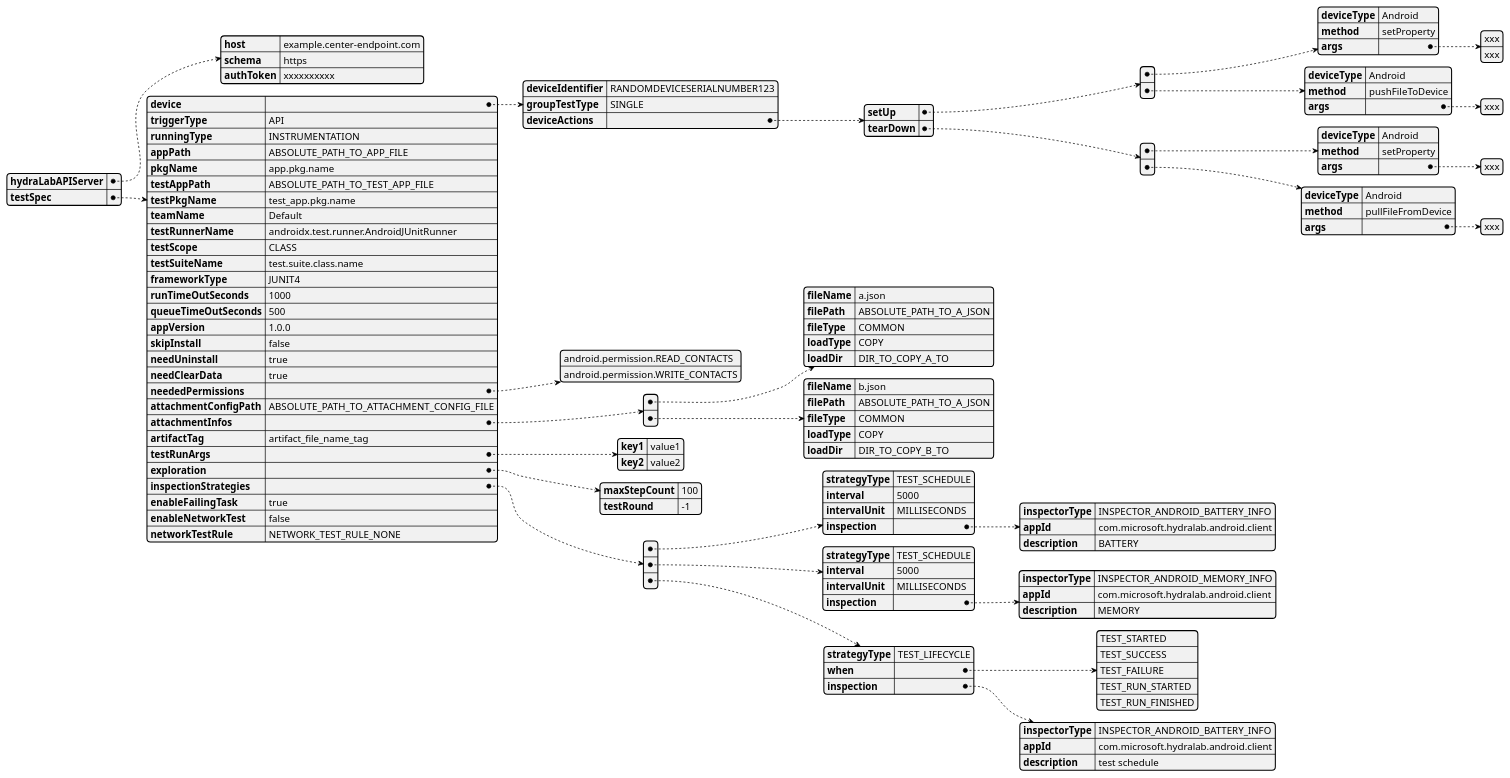
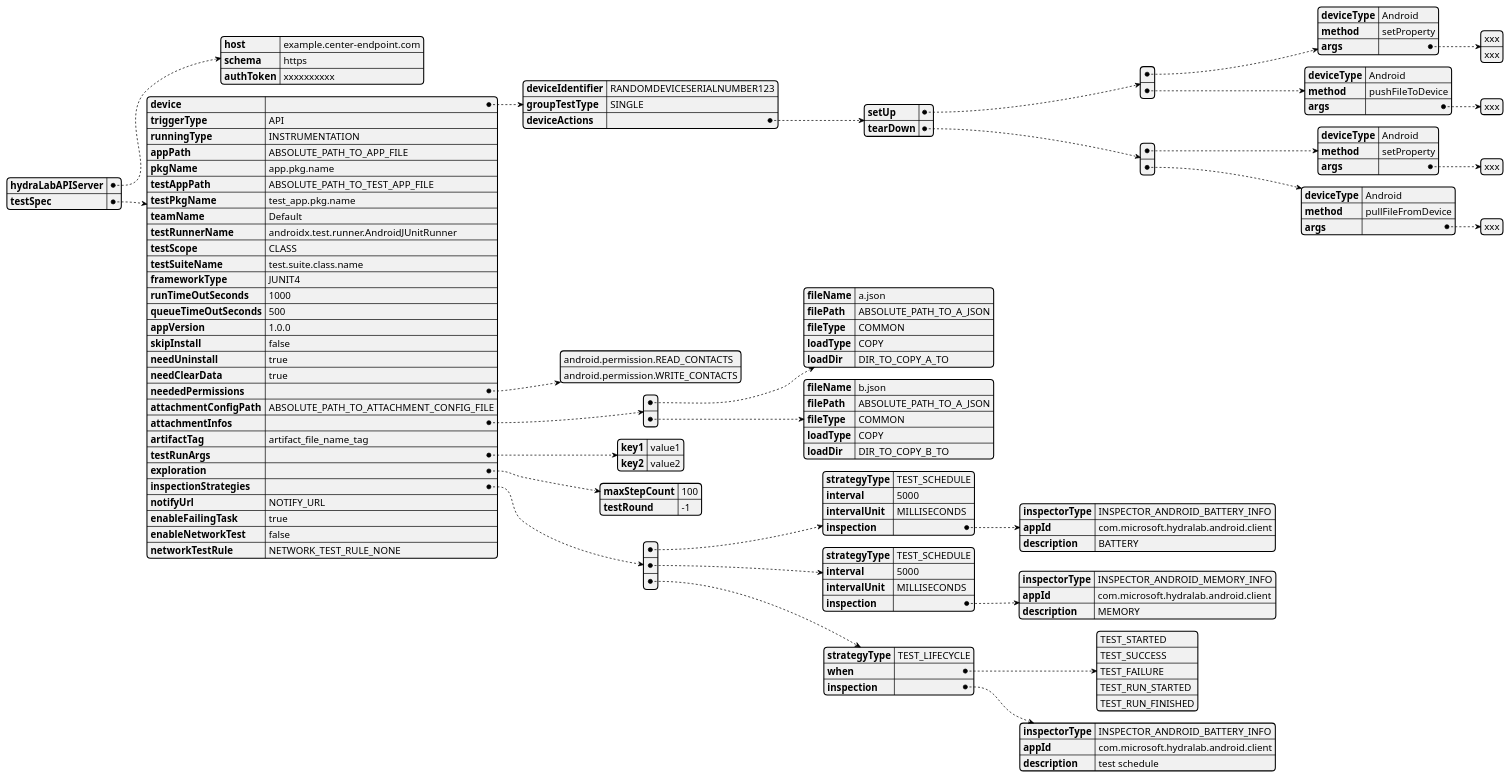
Before and after one commit to microsoft/HydraLab: the diagram in gradle_plugin/doc/UML/gradle_plugin_yaml_config_design.puml, drawn with PlantUML. The commit also changed 6 other files, not shown here.

Commit message:
Add param notifyUrl and additional PerformanceInspectorType

```diff
--- a/gradle_plugin/doc/UML/gradle_plugin_yaml_config_design.puml
+++ b/gradle_plugin/doc/UML/gradle_plugin_yaml_config_design.puml
@@ -1,99 +1,100 @@
 @startyaml
 hydraLabAPIServer:
     host: example.center-endpoint.com
     schema: https
     authToken: xxxxxxxxxx
 testSpec:
     device:
         deviceIdentifier: RANDOMDEVICESERIALNUMBER123
         groupTestType: SINGLE
         deviceActions:
             setUp:
             - deviceType: Android
               method: setProperty
               args:
                 - xxx
                 - xxx
             - deviceType: Android
               method: pushFileToDevice
               args:
                 - xxx
             tearDown:
             - deviceType: Android
               method: setProperty
               args:
               - xxx
             - deviceType: Android
               method: pullFileFromDevice
               args:
               - xxx
     triggerType: API
     runningType: INSTRUMENTATION
     appPath: ABSOLUTE_PATH_TO_APP_FILE
     pkgName: app.pkg.name
     testAppPath: ABSOLUTE_PATH_TO_TEST_APP_FILE
     testPkgName: test_app.pkg.name
     teamName: Default
     testRunnerName: androidx.test.runner.AndroidJUnitRunner
     testScope: CLASS
     testSuiteName: test.suite.class.name
     frameworkType: JUNIT4
     runTimeOutSeconds: 1000
     queueTimeOutSeconds: 500
     appVersion: 1.0.0
     skipInstall: false
     needUninstall: true
     needClearData: true
     neededPermissions:
         - android.permission.READ_CONTACTS
         - android.permission.WRITE_CONTACTS
     attachmentConfigPath: ABSOLUTE_PATH_TO_ATTACHMENT_CONFIG_FILE
     attachmentInfos:
     - fileName: a.json
       filePath: ABSOLUTE_PATH_TO_A_JSON
       fileType: COMMON
       loadType: COPY
       loadDir: DIR_TO_COPY_A_TO
     - fileName: b.json
       filePath: ABSOLUTE_PATH_TO_A_JSON
       fileType: COMMON
       loadType: COPY
       loadDir: DIR_TO_COPY_B_TO
     artifactTag: artifact_file_name_tag
     testRunArgs:
         key1: value1
         key2: value2
     exploration:
         maxStepCount: 100
         testRound: -1
     inspectionStrategies:
     - strategyType: TEST_SCHEDULE
       interval: 5000
       intervalUnit: MILLISECONDS
       inspection:
         inspectorType: INSPECTOR_ANDROID_BATTERY_INFO
         appId: com.microsoft.hydralab.android.client
         description: BATTERY
     - strategyType: TEST_SCHEDULE
       interval: 5000
       intervalUnit: MILLISECONDS
       inspection:
         inspectorType: INSPECTOR_ANDROID_MEMORY_INFO
         appId: com.microsoft.hydralab.android.client
         description: MEMORY
     - strategyType: TEST_LIFECYCLE
       when:
         - TEST_STARTED
         - TEST_SUCCESS
         - TEST_FAILURE
         - TEST_RUN_STARTED
         - TEST_RUN_FINISHED
       inspection:
         inspectorType: INSPECTOR_ANDROID_BATTERY_INFO
         appId: com.microsoft.hydralab.android.client
         description: test schedule
+    notifyUrl: NOTIFY_URL
     enableFailingTask: true
     enableNetworkTest: false
     networkTestRule: NETWORK_TEST_RULE_NONE
 
 @endyaml
```
